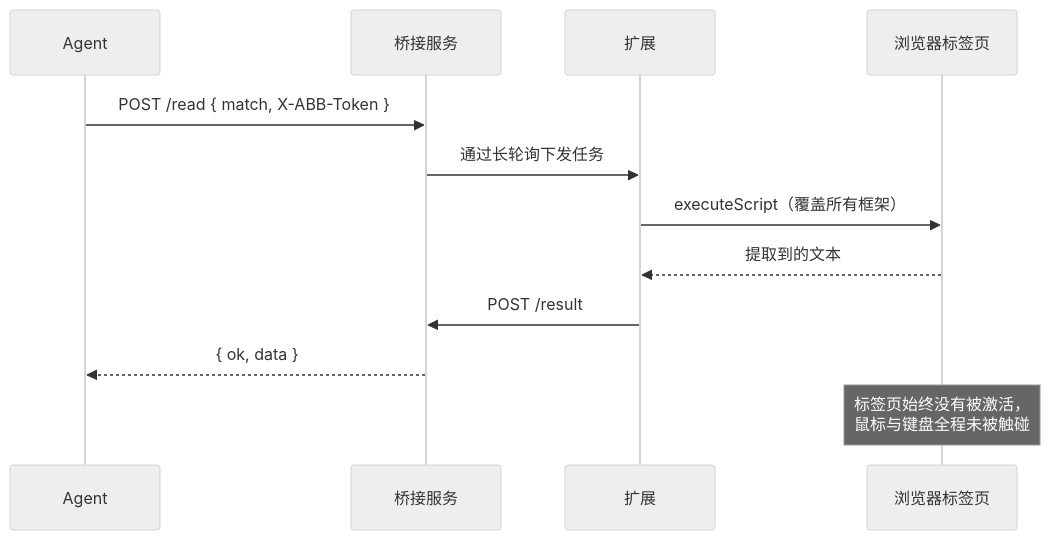
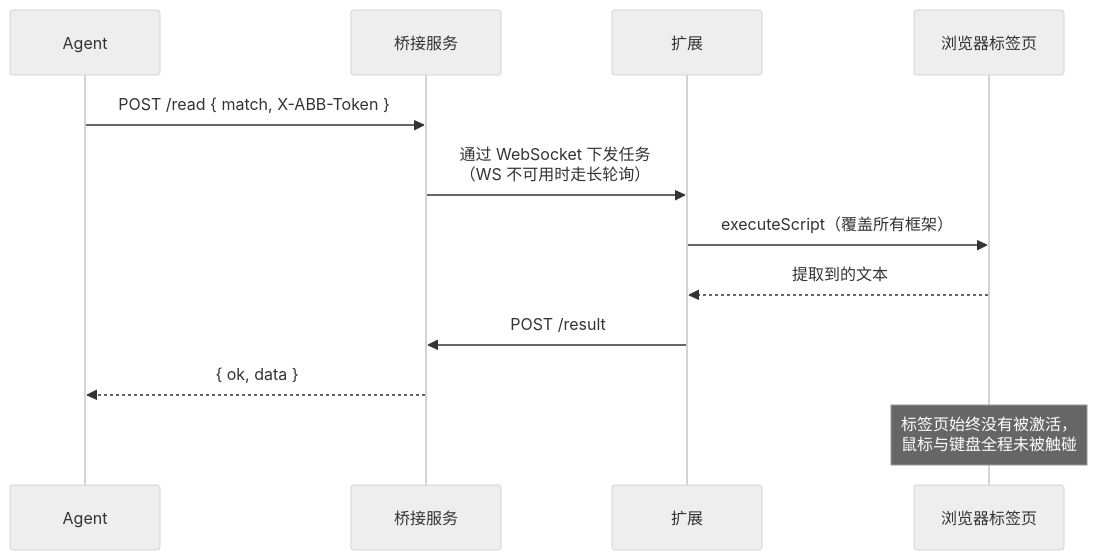
The second of 3 diagrams in README.zh-CN.md (hhhwdt/agent-browser-bridge), drawn with Mermaid (neutral theme) before and after one commit. The commit also changed other lines of this file and 9 other files, not shown here.

First line of the commit message:
Task delivery over WebSocket push, long poll kept as fallback

````diff
--- a/README.zh-CN.md
+++ b/README.zh-CN.md
@@ -79,14 +79,14 @@
 ```mermaid
 sequenceDiagram
     participant A as Agent
     participant S as 桥接服务
     participant X as 扩展
     participant B as 浏览器标签页
     A->>S: POST /read { match, X-ABB-Token }
-    S->>X: 通过长轮询下发任务
+    S->>X: 通过 WebSocket 下发任务<br/>（WS 不可用时走长轮询）
     X->>B: executeScript（覆盖所有框架）
     B-->>X: 提取到的文本
     X->>S: POST /result
     S-->>A: { ok, data }
     Note over B: 标签页始终没有被激活，<br/>鼠标与键盘全程未被触碰
 ```
````
